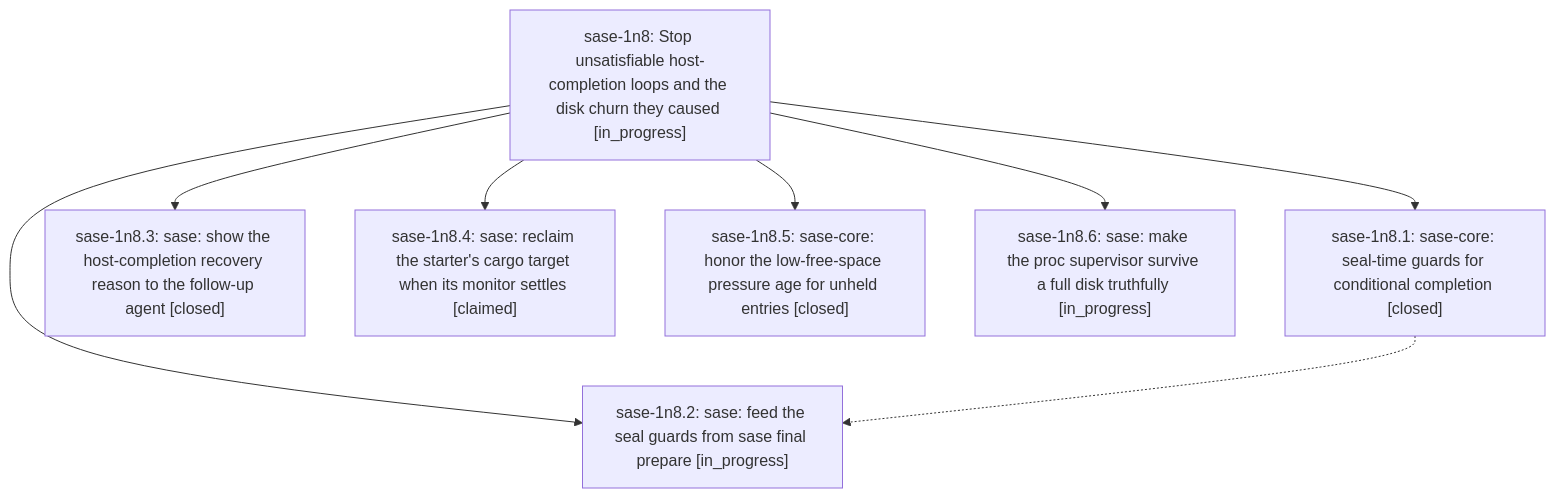
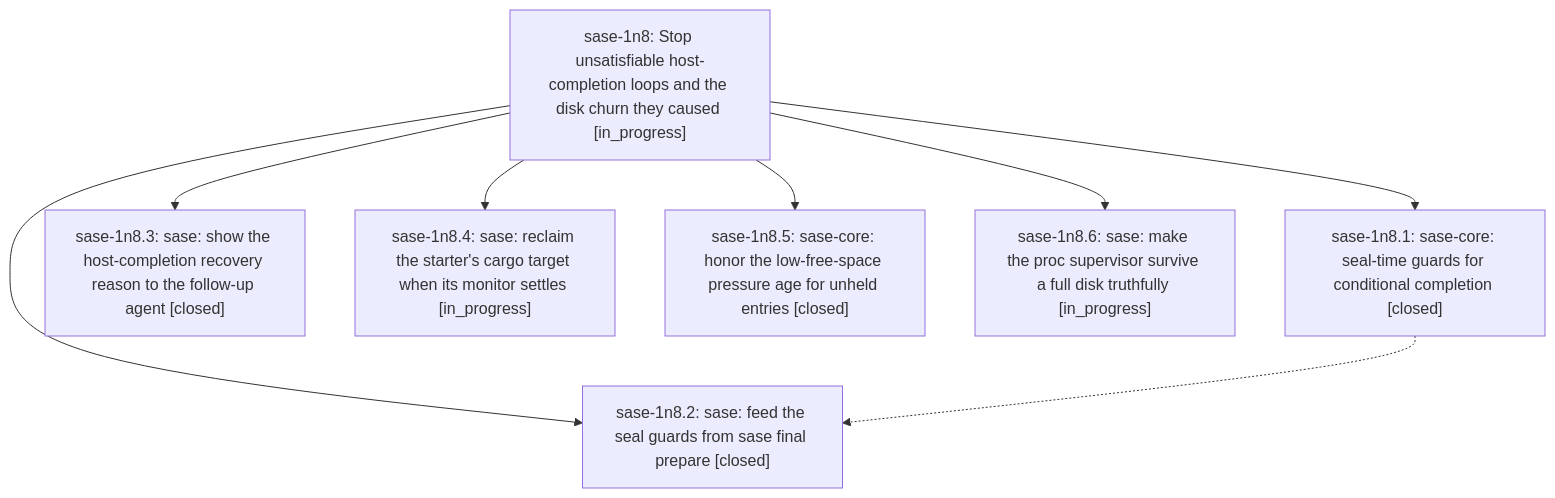
Before and after one commit to sase-org/sase--beads: the diagram in pages/sase-1n8/README.md, drawn with Mermaid. The commit also changed other lines of this file and 5 other files, not shown here.

````diff
--- a/pages/sase-1n8/README.md
+++ b/pages/sase-1n8/README.md
@@ -39,17 +39,17 @@
 ```mermaid
 flowchart TD
     n0["sase-1n8: Stop unsatisfiable host-completion loops and the disk churn they caused [in_progress]"]
     n1["sase-1n8.1: sase-core: seal-time guards for conditional completion [closed]"]
-    n2["sase-1n8.2: sase: feed the seal guards from sase final prepare [in_progress]"]
+    n2["sase-1n8.2: sase: feed the seal guards from sase final prepare [closed]"]
     n3["sase-1n8.3: sase: show the host-completion recovery reason to the follow-up agent [closed]"]
-    n4["sase-1n8.4: sase: reclaim the starter's cargo target when its monitor settles [claimed]"]
+    n4["sase-1n8.4: sase: reclaim the starter's cargo target when its monitor settles [in_progress]"]
     n5["sase-1n8.5: sase-core: honor the low-free-space pressure age for unheld entries [closed]"]
     n6["sase-1n8.6: sase: make the proc supervisor survive a full disk truthfully [in_progress]"]
     n0 --> n1
     n0 --> n2
     n0 --> n3
     n0 --> n4
     n0 --> n5
     n0 --> n6
     n1 -.-> n2
 ```
````
